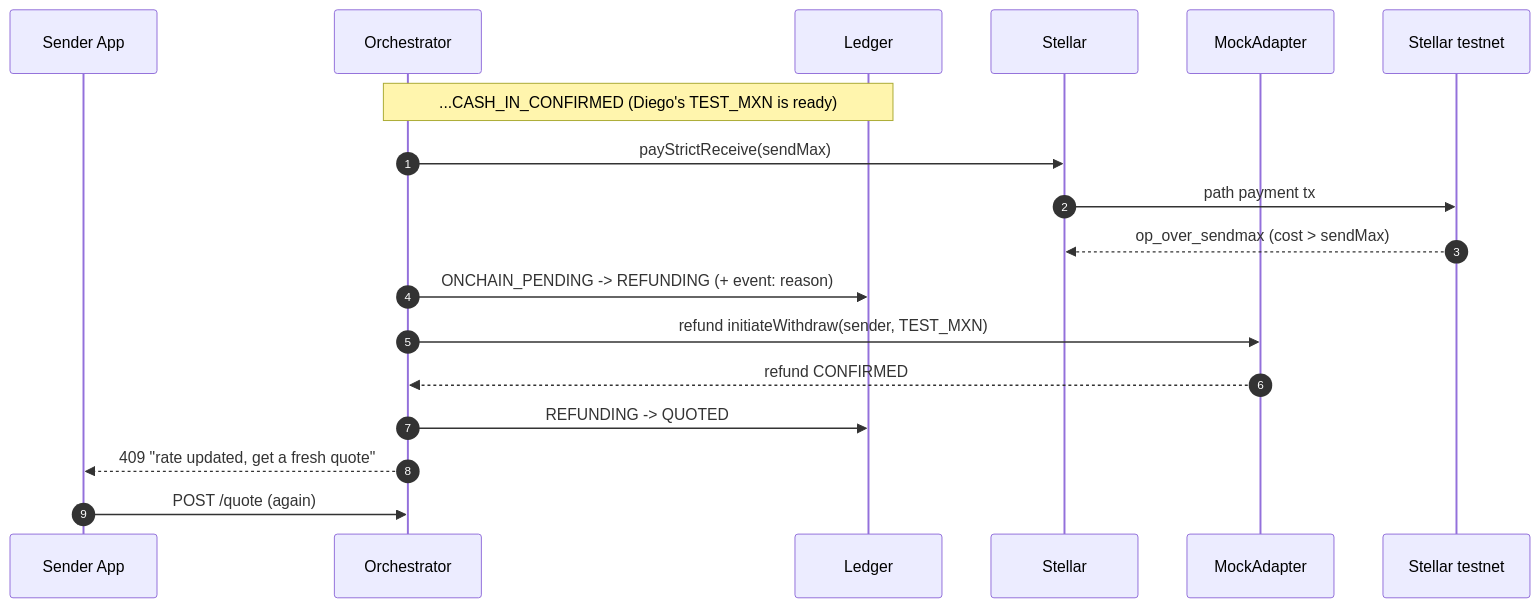
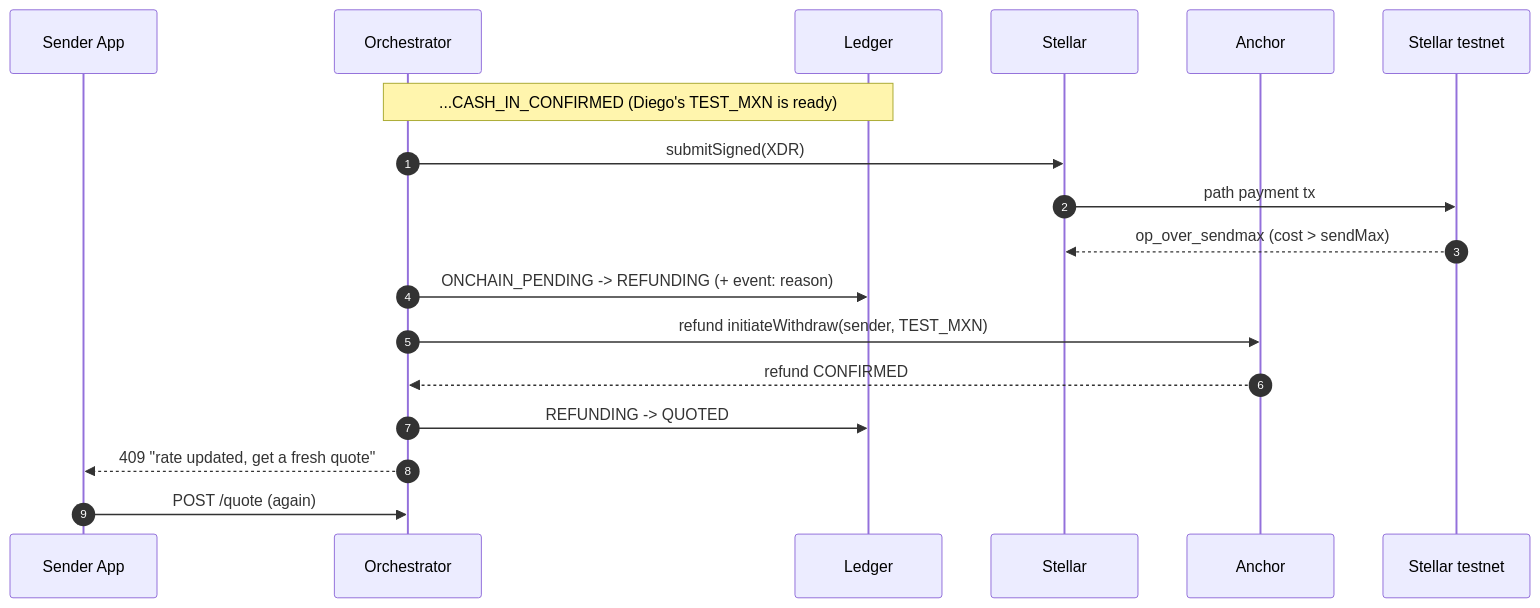
One commit to yigitcangokmen/corramoney changed the second of 5 diagrams in docs/flows.md. Above: the diagram before and after it, drawn with Mermaid. The commit also changed other lines of this file and 4 other files, not shown here.

First line of the commit message:
docs: rewrite around the non-custodial architecture

````diff
--- a/docs/flows.md
+++ b/docs/flows.md
@@ -41,21 +44,21 @@
 ```mermaid
 sequenceDiagram
     autonumber
     participant S as Sender App
     participant O as Orchestrator
     participant L as Ledger
     participant K as Stellar
-    participant A as MockAdapter
+    participant A as Anchor
     participant X as Stellar testnet
 
     Note over O,L: ...CASH_IN_CONFIRMED (Diego's TEST_MXN is ready)
-    O->>K: payStrictReceive(sendMax)
+    O->>K: submitSigned(XDR)
     K->>X: path payment tx
     X-->>K: op_over_sendmax (cost > sendMax)
     O->>L: ONCHAIN_PENDING -> REFUNDING (+ event: reason)
     O->>A: refund initiateWithdraw(sender, TEST_MXN)
     A-->>O: refund CONFIRMED
     O->>L: REFUNDING -> QUOTED
     O-->>S: 409 "rate updated, get a fresh quote"
     S->>O: POST /quote (again)
 ```
````
